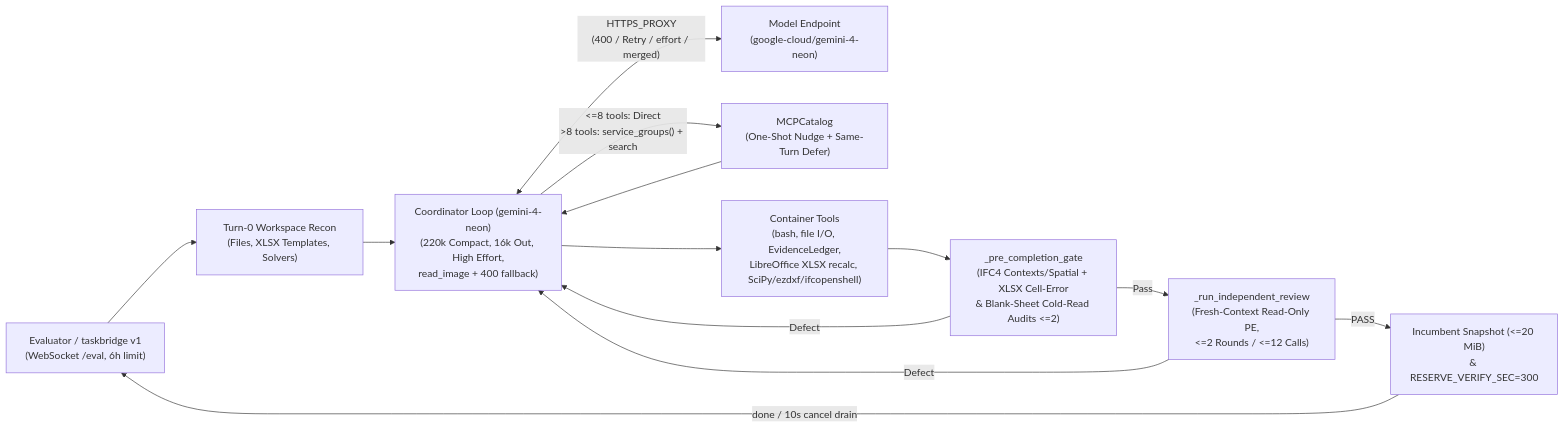
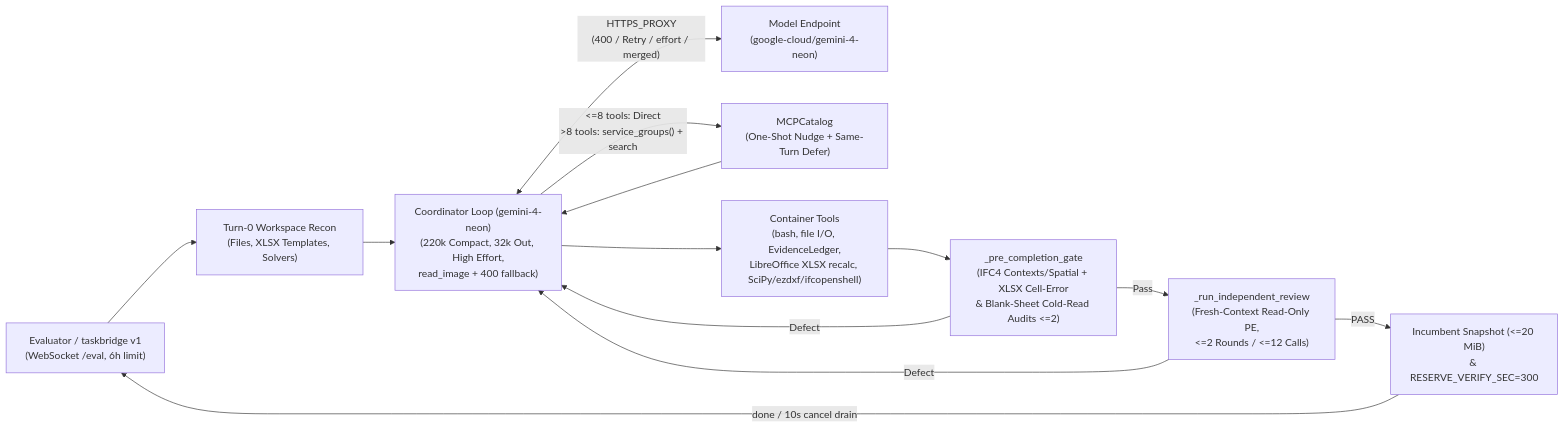
The diagram in README.md (JamesWeatherhead/ple-harness), drawn with Mermaid before and after one commit. The commit also changed other lines of this file and 3 other files, not shown here.

````diff
--- a/README.md
+++ b/README.md
@@ -19,15 +19,15 @@
 ```mermaid
 flowchart LR
     EVAL["Evaluator / taskbridge v1<br/>(WebSocket /eval, 6h limit)"] --> RECON["Turn-0 Workspace Recon<br/>(Files, XLSX Templates, Solvers)"]
-    RECON --> LOOP["Coordinator Loop (gemini-4-neon)<br/>(220k Compact, 16k Out, High Effort,<br/>read_image + 400 fallback)"]
+    RECON --> LOOP["Coordinator Loop (gemini-4-neon)<br/>(220k Compact, 32k Out, High Effort,<br/>read_image + 400 fallback)"]
     LOOP <-->|"HTTPS_PROXY<br/>(400 / Retry / effort / merged)"| LLM["Model Endpoint<br/>(google-cloud/gemini-4-neon)"]
     LOOP -->|"<=8 tools: Direct<br/>>8 tools: service_groups() + search"| MCP["MCPCatalog<br/>(One-Shot Nudge + Same-Turn Defer)"]
     LOOP --> TOOLS["Container Tools<br/>(bash, file I/O, EvidenceLedger,<br/>LibreOffice XLSX recalc, SciPy/ezdxf/ifcopenshell)"]
     MCP --> LOOP
     TOOLS --> GATE["_pre_completion_gate<br/>(IFC4 Contexts/Spatial + XLSX Cell-Error<br/>& Blank-Sheet Cold-Read Audits <=2)"]
     GATE -->|"Pass"| PE["_run_independent_review<br/>(Fresh-Context Read-Only PE,<br/><=2 Rounds / <=12 Calls)"]
     GATE -->|"Defect"| LOOP
     PE -->|"PASS"| INC["Incumbent Snapshot (<=20 MiB)<br/>& RESERVE_VERIFY_SEC=300"]
     PE -->|"Defect"| LOOP
     INC -->|"done / 10s cancel drain"| EVAL
 ```
````
